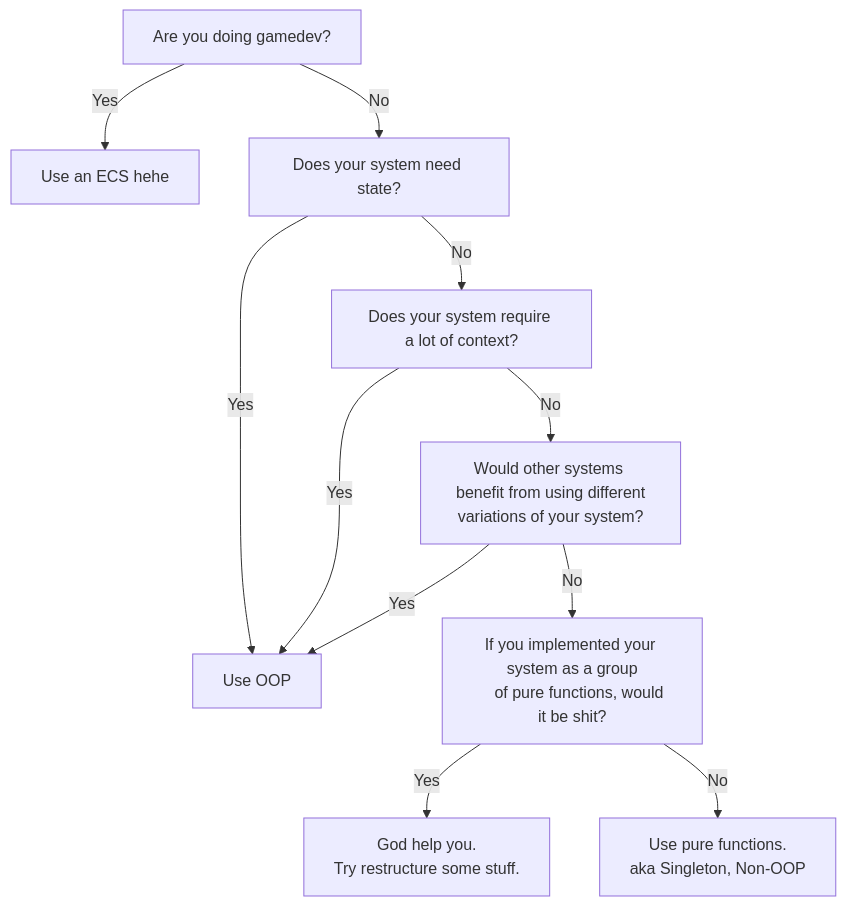
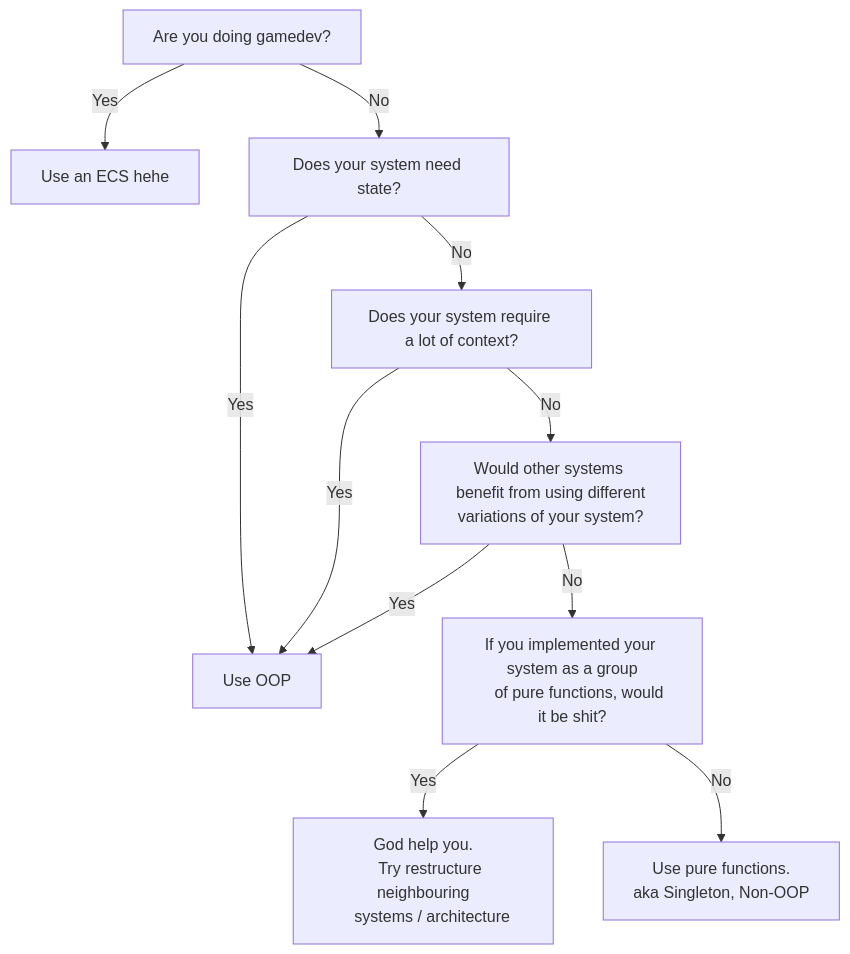
One commit to UntitledModGame/UntitledModGame.github.io changed the diagram in blog/2023-11-15_oop.md. Above: the diagram before and after it, drawn with Mermaid.

````diff
--- a/blog/2023-11-15_oop.md
+++ b/blog/2023-11-15_oop.md
@@ -22,40 +22,41 @@
 ```mermaid
 flowchart TD
 
 O[Use OOP]
 
 A[Are you doing gamedev?]
 B[Use an ECS hehe]
 C[Does your system need state?]
 D[Does your system require a lot of context?]
 E[Would other systems benefit from using different
 variations of your system?]
 F[If you implemented your system as a group
     of pure functions, would it be shit?]
 
 God[
     God help you.
-    Try restructure some stuff.
+    Try restructure neighbouring
+    systems / architecture
 ]
 
 Nice[Use pure functions.
 aka Singleton, Non-OOP]
 
 
 A --Yes--> B
 A --No --> C
 
 C --Yes--> O
 C --No --> D
 
 D --Yes--> O
 D --No --> E
 
 E --Yes--> O
 E --No --> F
 
 F --Yes--> God
 F --No --> Nice
 
 
 ```
````
